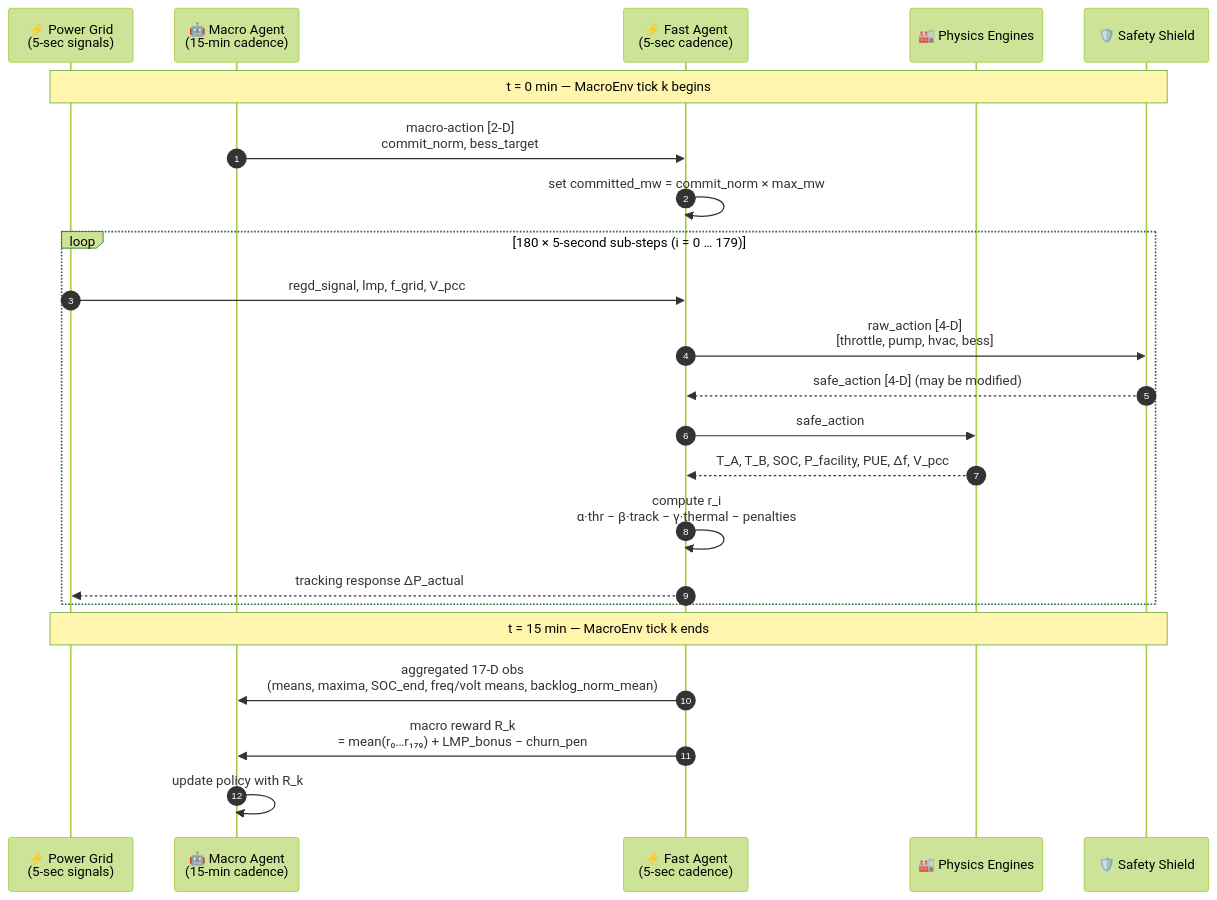
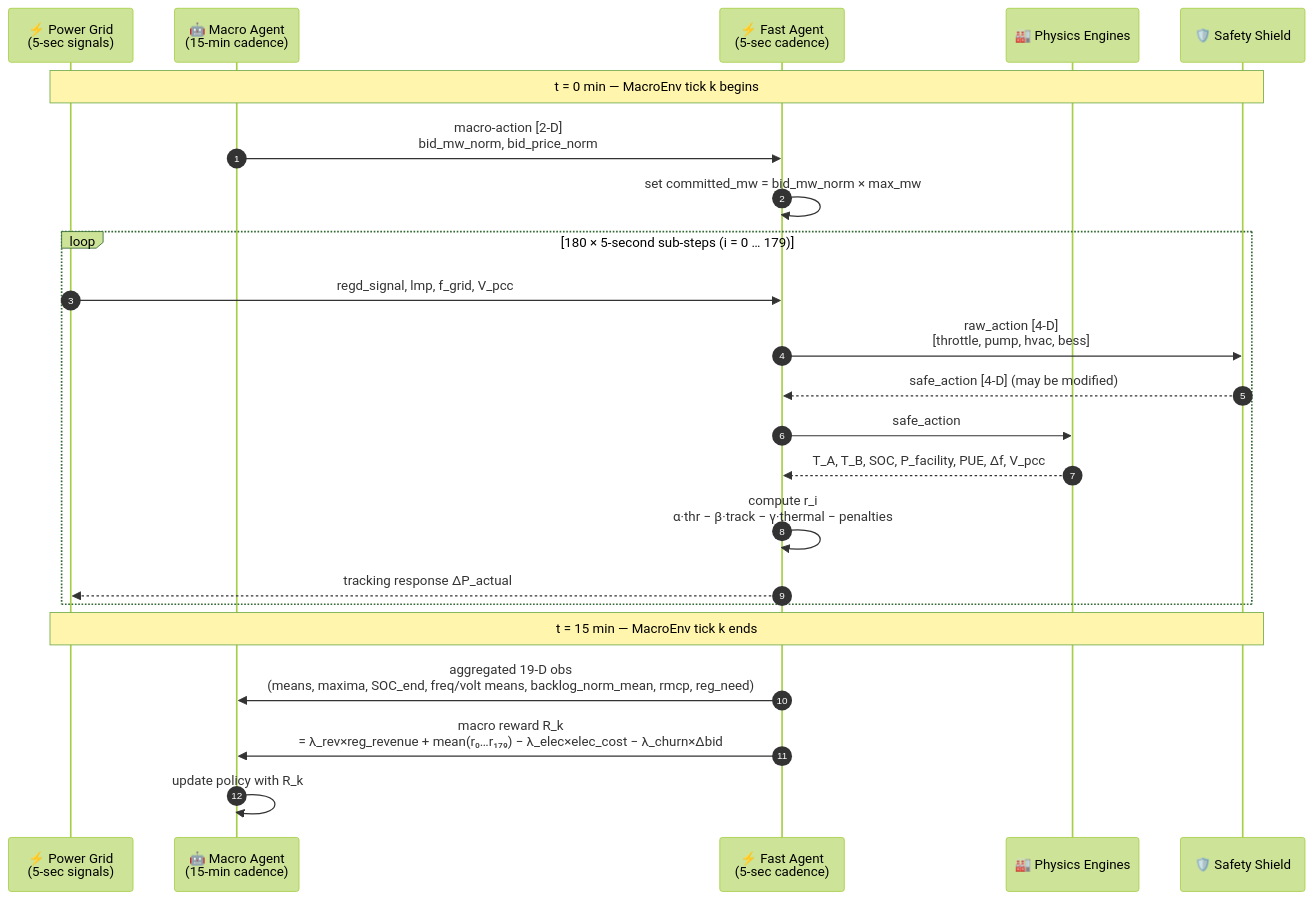
Before and after one commit to HewlettPackard/c2g-bench: the fifth of 9 diagrams in README.md, drawn with Mermaid (forest theme). The commit also changed other lines of this file, not shown here.

````diff
--- a/README.md
+++ b/README.md
@@ -493,30 +515,30 @@
 ```mermaid
 sequenceDiagram
     autonumber
     participant Grid as ⚡ Power Grid<br/>(5-sec signals)
     participant Macro as 🤖 Macro Agent<br/>(15-min cadence)
     participant Fast as ⚡ Fast Agent<br/>(5-sec cadence)
     participant Sim as 🏭 Physics Engines
     participant Shield as 🛡️ Safety Shield
 
     note over Grid,Shield: t = 0 min — MacroEnv tick k begins
 
-    Macro->>Fast: macro-action [2-D]<br/>commit_norm, bess_target
-    Fast->>Fast: set committed_mw = commit_norm × max_mw
+    Macro->>Fast: macro-action [2-D]<br/>bid_mw_norm, bid_price_norm
+    Fast->>Fast: set committed_mw = bid_mw_norm × max_mw
 
     loop 180 × 5-second sub-steps (i = 0 … 179)
         Grid->>Fast: regd_signal, lmp, f_grid, V_pcc
         Fast->>Shield: raw_action [4-D]<br/>[throttle, pump, hvac, bess]
         Shield-->>Fast: safe_action [4-D] (may be modified)
         Fast->>Sim: safe_action
         Sim-->>Fast: T_A, T_B, SOC, P_facility, PUE, Δf, V_pcc
         Fast->>Fast: compute r_i<br/>α·thr − β·track − γ·thermal − penalties
         Fast-->>Grid: tracking response ΔP_actual
     end
 
     note over Grid,Shield: t = 15 min — MacroEnv tick k ends
 
-    Fast->>Macro: aggregated 17-D obs<br/>(means, maxima, SOC_end, freq/volt means, backlog_norm_mean)
-    Fast->>Macro: macro reward R_k<br/>= mean(r₀…r₁₇₉) + LMP_bonus − churn_pen
+    Fast->>Macro: aggregated 19-D obs<br/>(means, maxima, SOC_end, freq/volt means, backlog_norm_mean, rmcp, reg_need)
+    Fast->>Macro: macro reward R_k<br/>= λ_rev×reg_revenue + mean(r₀…r₁₇₉) − λ_elec×elec_cost − λ_churn×Δbid
     Macro->>Macro: update policy with R_k
 ```
````
